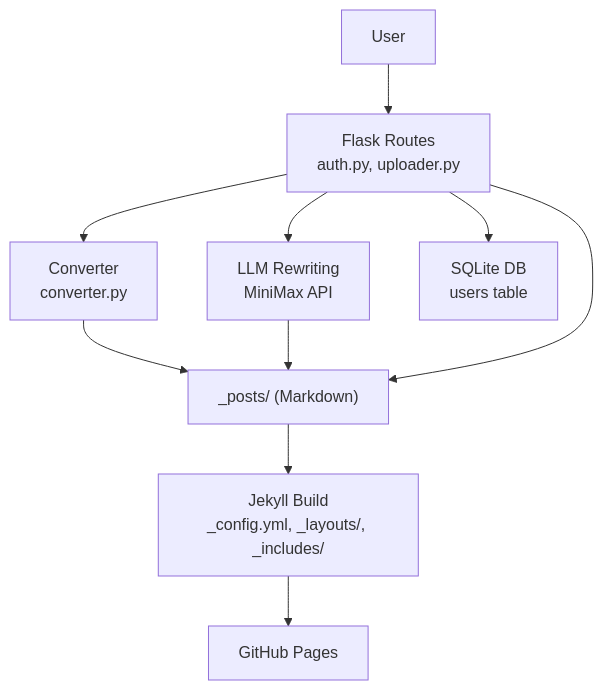
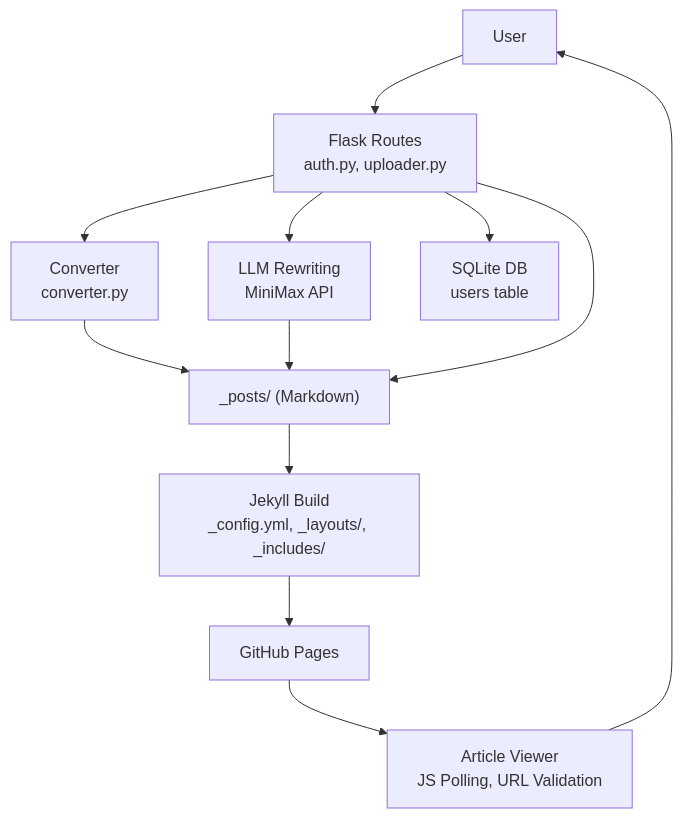
The second of 16 diagrams in .qoder/repowiki/en/content/Frontend Application/Article Presentation System/Article Presentation System.md (PolarisW007/PolaZhenJing), drawn with Mermaid before and after one commit. The commit also changed other lines of this file and 4 other files, not shown here.

````diff
--- a/.qoder/repowiki/en/content/Frontend Application/Article Presentation System/Article Presentation System.md
+++ b/.qoder/repowiki/en/content/Frontend Application/Article Presentation System/Article Presentation System.md
@@ -157,20 +172,23 @@
 ```mermaid
 graph TB
 U["User"]
 FL["Flask Routes<br/>auth.py, uploader.py"]
 CV["Converter<br/>converter.py"]
 LLM["LLM Rewriting<br/>MiniMax API"]
 DB["SQLite DB<br/>users table"]
 FS["_posts/ (Markdown)"]
 JE["Jekyll Build<br/>_config.yml, _layouts/, _includes/"]
 GH["GitHub Pages"]
+AV["Article Viewer<br/>JS Polling, URL Validation"]
 U --> FL
 FL --> DB
 FL --> CV
 FL --> LLM
 CV --> FS
 LLM --> FS
 FL --> FS
 FS --> JE
 JE --> GH
+GH --> AV
+AV --> U
 ```
````
